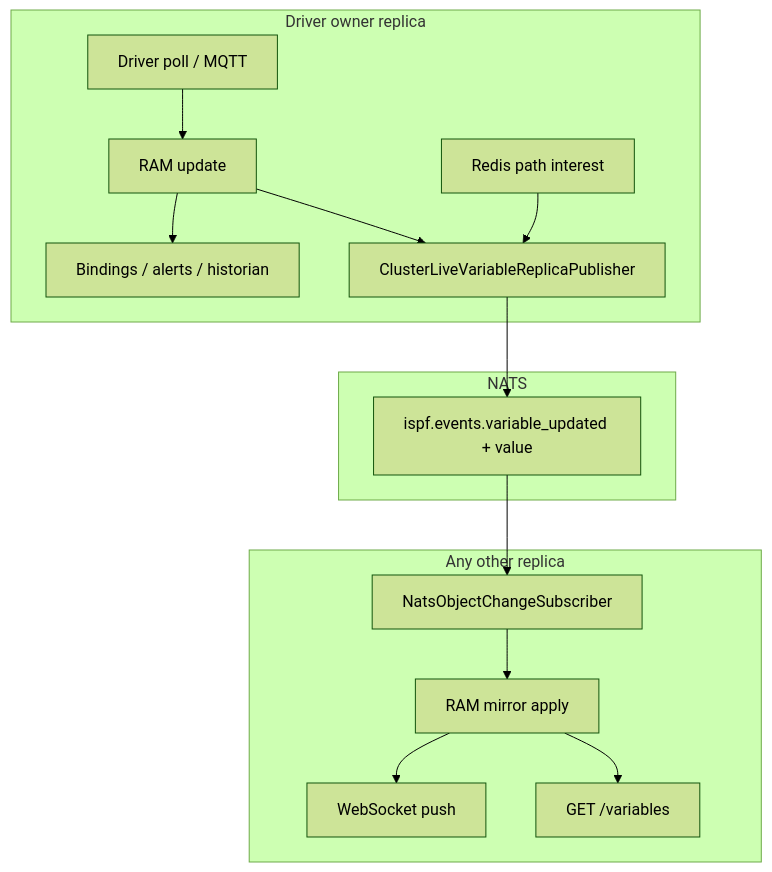
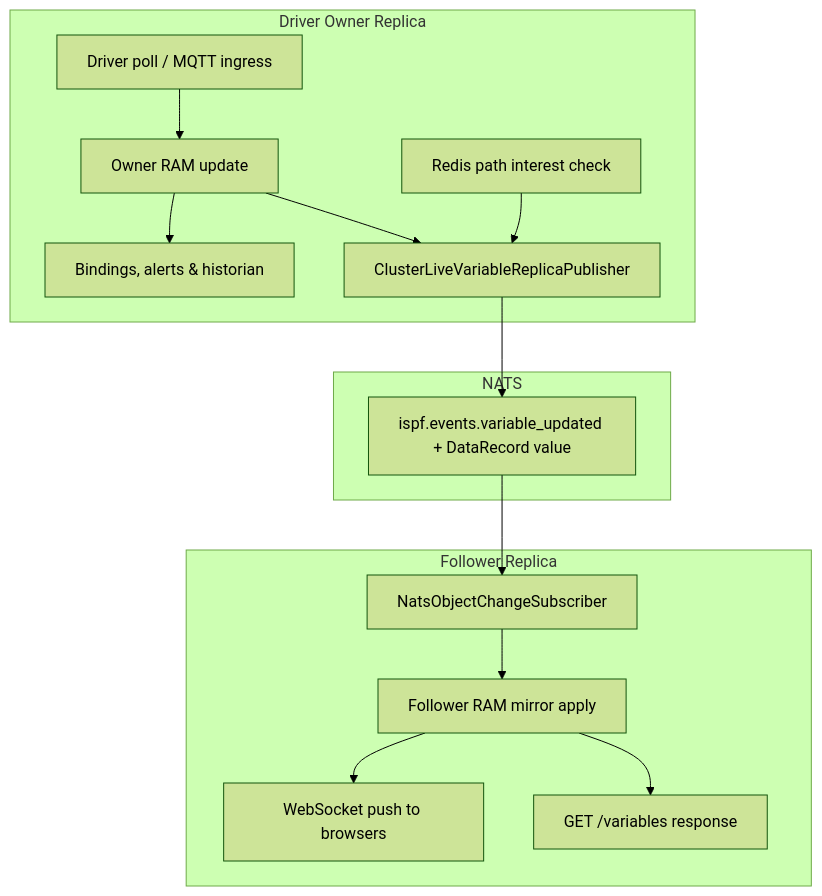
One commit to iot-solutions-ru/ispf changed the diagram in docs/en/cluster.md. Above: the diagram before and after it, drawn with Mermaid (forest theme). The commit also changed other lines of this file and 36 other files, not shown here.

````diff
--- a/docs/en/cluster.md
+++ b/docs/en/cluster.md
@@ -131,25 +62,25 @@
 ```mermaid
 flowchart TB
-    subgraph owner [Driver owner replica]
-        DRV[Driver poll / MQTT]
-        RAM1[RAM update]
-        AUTO[Bindings / alerts / historian]
-        INT[Redis path interest]
-        PUB[ClusterLiveVariableReplicaPublisher]
+    subgraph owner ["Driver Owner Replica"]
+        DRV["Driver poll / MQTT ingress"]
+        RAM1["Owner RAM update"]
+        AUTO["Bindings, alerts & historian"]
+        INT["Redis path interest check"]
+        PUB["ClusterLiveVariableReplicaPublisher"]
         DRV --> RAM1 --> AUTO
         RAM1 --> PUB
         INT --> PUB
     end
-    subgraph bus [NATS]
-        NATS["ispf.events.variable_updated + value"]
+    subgraph bus ["NATS"]
+        NATS["ispf.events.variable_updated + DataRecord value"]
     end
-    subgraph follower [Any other replica]
-        SUB[NatsObjectChangeSubscriber]
-        RAM2[RAM mirror apply]
-        WS[WebSocket push]
-        REST[GET /variables]
+    subgraph follower ["Follower Replica"]
+        SUB["NatsObjectChangeSubscriber"]
+        RAM2["Follower RAM mirror apply"]
+        WS["WebSocket push to browsers"]
+        REST["GET /variables response"]
         SUB --> RAM2 --> WS
         RAM2 --> REST
     end
     PUB --> NATS --> SUB
 ```
````
